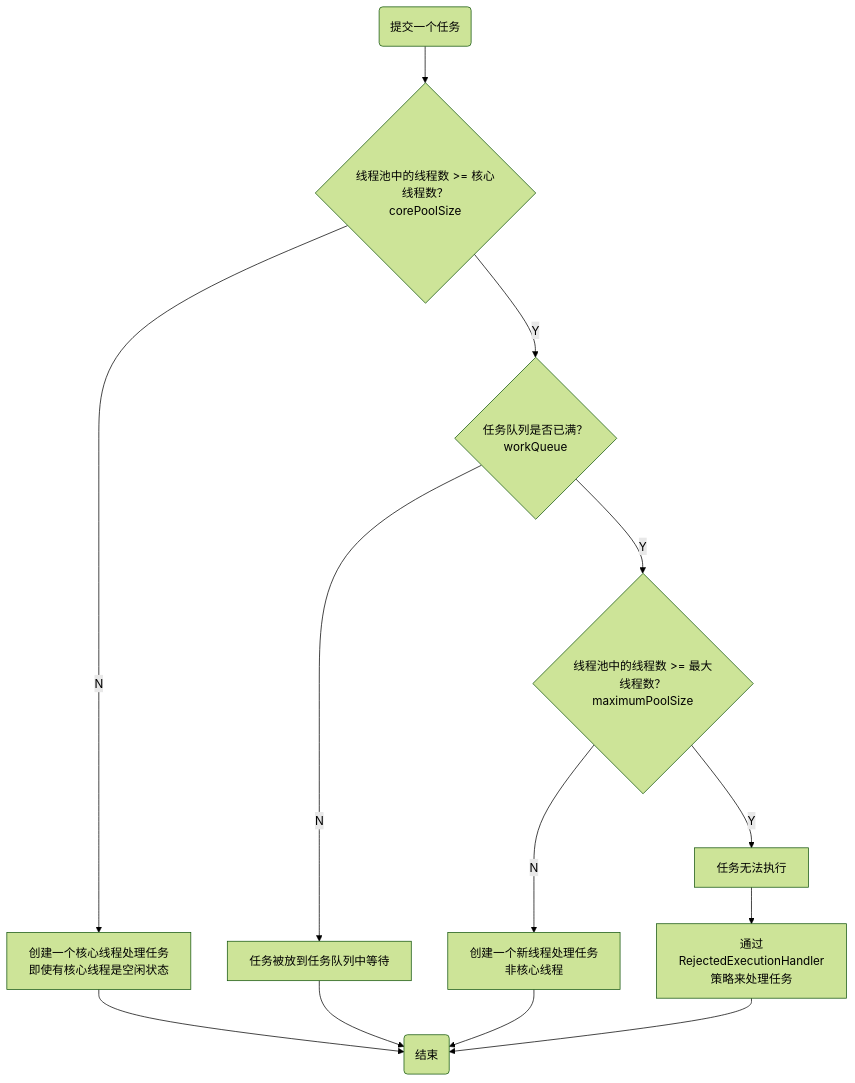
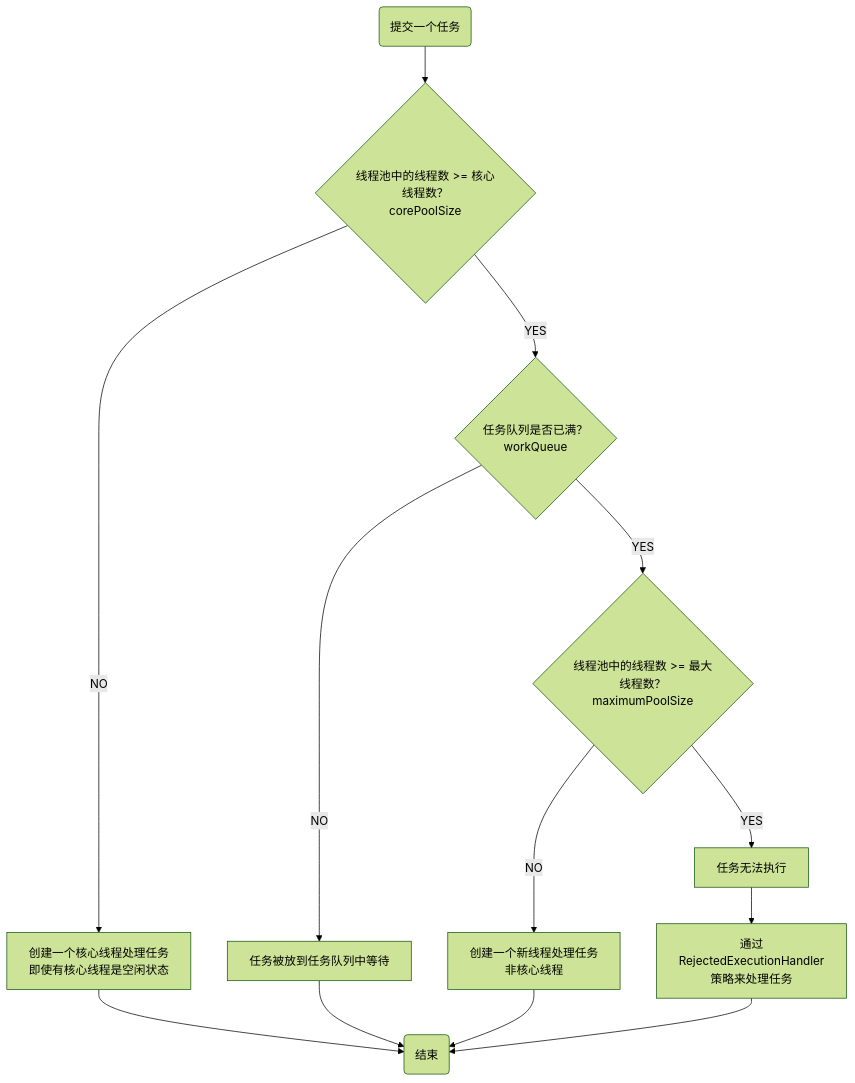
One commit to leizeling/NoteBookForAndroidDeveloper changed the first of 2 diagrams in file/NoteBook.md. Above: the diagram before and after it, drawn with Mermaid (forest theme). The commit also changed other lines of this file, not shown here.

````diff
--- a/file/NoteBook.md
+++ b/file/NoteBook.md
@@ -197,16 +196,16 @@
 ```mermaid
 graph TB
 ending("结束")
 a("提交一个任务") --> b{"线程池中的线程数 >= 核心线程数？<br>corePoolSize"}
-b --N--> c[创建一个核心线程处理任务<br>即使有核心线程是空闲状态]
+b --NO--> c[创建一个核心线程处理任务<br>即使有核心线程是空闲状态]
 c --> ending
-b --Y--> d{"任务队列是否已满？<br>workQueue"}
-d --N--> e[任务被放到任务队列中等待]
+b --YES--> d{"任务队列是否已满？<br>workQueue"}
+d --NO--> e[任务被放到任务队列中等待]
 e --> ending
-d --Y--> f{"线程池中的线程数 >= 最大线程数？<br>maximumPoolSize"}
-f --N--> g["创建一个新线程处理任务<br>非核心线程"]
+d --YES--> f{"线程池中的线程数 >= 最大线程数？<br>maximumPoolSize"}
+f --NO--> g["创建一个新线程处理任务<br>非核心线程"]
 g --> ending
-f --Y--> h["任务无法执行"]
+f --YES--> h["任务无法执行"]
 h --> i["通过RejectedExecutionHandler策略来处理任务"]
 i --> ending
 ```
````
